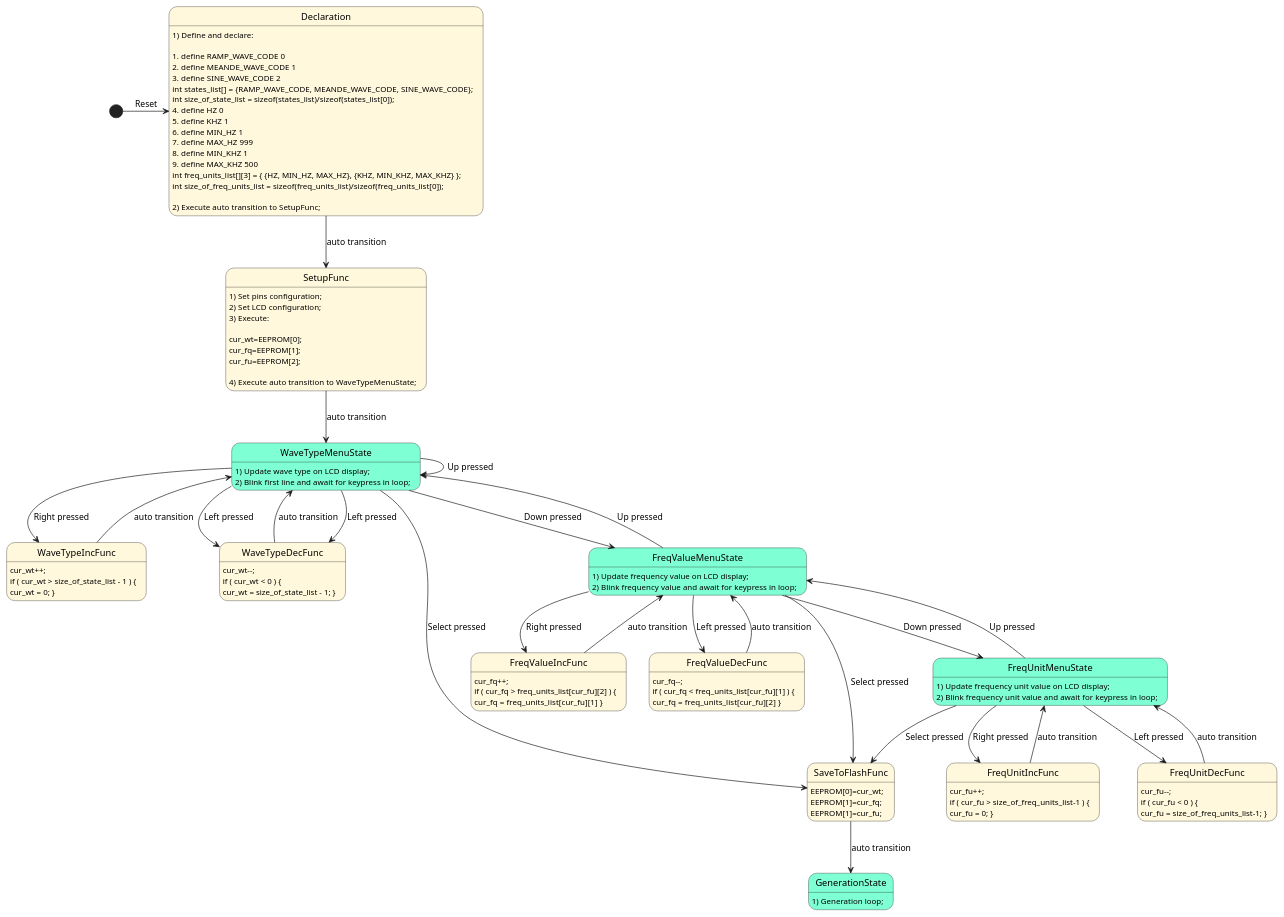
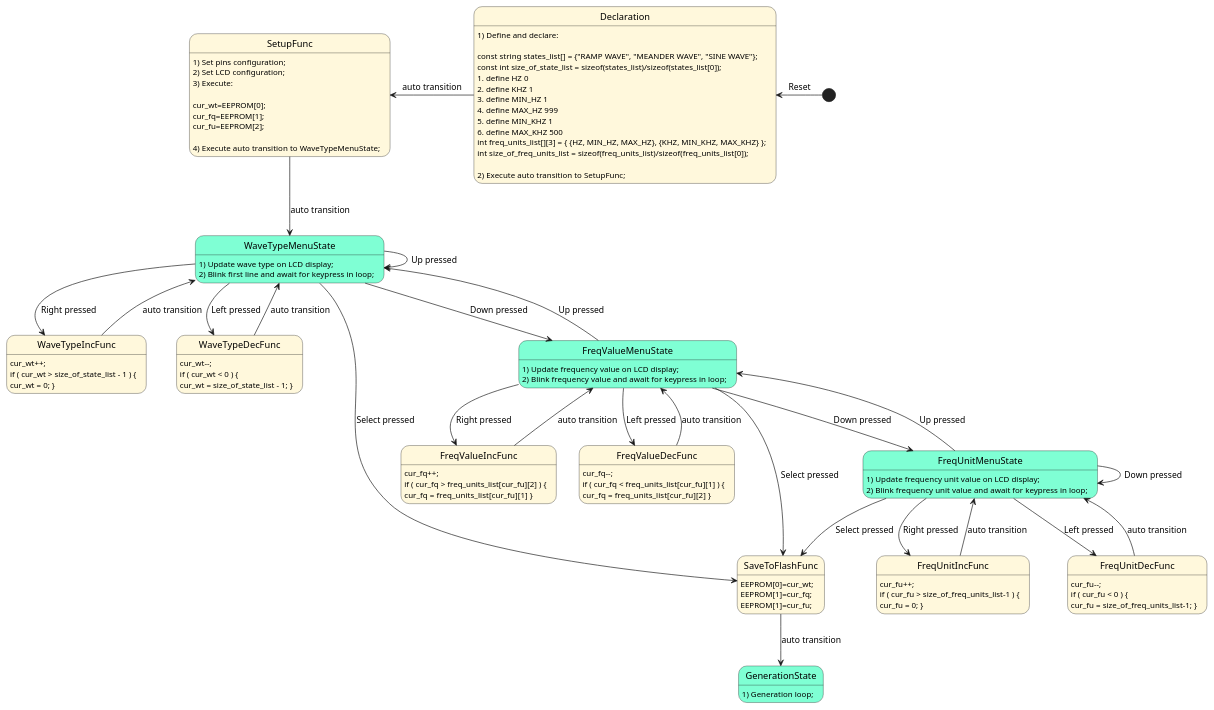
Before and after one commit to borshec/SignalGenerator: the diagram in ProjectFSM.puml, drawn with PlantUML. The commit also changed 31 other files, not shown here.

```diff
--- a/ProjectFSM.puml
+++ b/ProjectFSM.puml
@@ -1,126 +1,123 @@
 @startuml
 
 ' Установка цветов для состояний. <<Warning>> - псевдосостояние с желтым фоном, 
 skinparam state {
   BackgroundColor  Aquamarine
   BackgroundColor<<Warning>> Cornsilk
 }
 
 ' Объявление псевдосостояний
 state Declaration <<Warning>>
 state SetupFunc <<Warning>>
 state WaveTypeIncFunc <<Warning>>
 state WaveTypeDecFunc <<Warning>>
 state FreqValueIncFunc <<Warning>>
 state FreqValueDecFunc <<Warning>>
 state FreqUnitIncFunc <<Warning>>
 state FreqUnitDecFunc <<Warning>>
 state SaveToFlashFunc <<Warning>>
 
-[*] -right-> Declaration: Reset
+[*] -left-> Declaration: Reset
 
 ' Описание и переходы от Declaration
 Declaration : 1) Define and declare:
 Declaration : 
-Declaration :  #define RAMP_WAVE_CODE 0
-Declaration : #define MEANDE_WAVE_CODE 1
-Declaration : #define SINE_WAVE_CODE 2
-Declaration : int states_list[] = {RAMP_WAVE_CODE, MEANDE_WAVE_CODE, SINE_WAVE_CODE};
-Declaration : int size_of_state_list = sizeof(states_list)/sizeof(states_list[0]);
+Declaration : const string states_list[] = {"RAMP WAVE", "MEANDER WAVE", "SINE WAVE"};
+Declaration : const int size_of_state_list = sizeof(states_list)/sizeof(states_list[0]);
 Declaration : #define HZ 0
 Declaration : #define KHZ 1
 Declaration : #define MIN_HZ 1
 Declaration : #define MAX_HZ 999
 Declaration : #define MIN_KHZ 1
 Declaration : #define MAX_KHZ 500
 Declaration : int freq_units_list[][3] = { {HZ, MIN_HZ, MAX_HZ}, {KHZ, MIN_KHZ, MAX_KHZ} };
 Declaration : int size_of_freq_units_list = sizeof(freq_units_list)/sizeof(freq_units_list[0]);
 Declaration : 
 Declaration : 2) Execute auto transition to SetupFunc;
-Declaration --> SetupFunc: auto transition
+Declaration -left-> SetupFunc: auto transition
 
 ' Описание и переходы от SetupFunc
 SetupFunc : 1) Set pins configuration;
 SetupFunc : 2) Set LCD configuration;
 SetupFunc : 3) Execute:
 SetupFunc :
 SetupFunc : cur_wt=EEPROM[0];
 SetupFunc : cur_fq=EEPROM[1];
 SetupFunc : cur_fu=EEPROM[2];
 SetupFunc :
 SetupFunc : 4) Execute auto transition to WaveTypeMenuState;
 SetupFunc --> WaveTypeMenuState: auto transition
 
 ' Описание WaveTypeMenuState и переходы от него
 WaveTypeMenuState : 1) Update wave type on LCD display;
 WaveTypeMenuState : 2) Blink first line and await for keypress in loop;
 WaveTypeMenuState --> WaveTypeIncFunc: Right pressed
-WaveTypeMenuState --> WaveTypeDecFunc: Left pressed
 WaveTypeMenuState --> WaveTypeMenuState: Up pressed
 WaveTypeMenuState --> WaveTypeDecFunc: Left pressed
 WaveTypeMenuState --> FreqValueMenuState: Down pressed
 WaveTypeMenuState --> SaveToFlashFunc: Select pressed
 
 ' Описание WaveTypeIncFunc и переходы от него
 WaveTypeIncFunc : cur_wt++;
 WaveTypeIncFunc : if ( cur_wt > size_of_state_list - 1 ) {
 WaveTypeIncFunc : cur_wt = 0; }
 WaveTypeIncFunc --> WaveTypeMenuState: auto transition
 
 ' Описание WaveTypeDecFunc и переходы от него
 WaveTypeDecFunc : cur_wt--;
 WaveTypeDecFunc : if ( cur_wt < 0 ) {
 WaveTypeDecFunc : cur_wt = size_of_state_list - 1; }
 WaveTypeDecFunc --> WaveTypeMenuState: auto transition
 
 ' Описание FreqValueMenuState и переходы от него
 FreqValueMenuState : 1) Update frequency value on LCD display;
 FreqValueMenuState : 2) Blink frequency value and await for keypress in loop;
 FreqValueMenuState --> WaveTypeMenuState: Up pressed
 FreqValueMenuState --> FreqUnitMenuState: Down pressed
 FreqValueMenuState --> FreqValueIncFunc: Right pressed
 FreqValueMenuState --> FreqValueDecFunc: Left pressed
 FreqValueMenuState --> SaveToFlashFunc: Select pressed
 
 ' Описание FreqValueIncFunc и переходы от него
 FreqValueIncFunc : cur_fq++;
 FreqValueIncFunc : if ( cur_fq > freq_units_list[cur_fu][2] ) {
 FreqValueIncFunc : cur_fq = freq_units_list[cur_fu][1]  }
 FreqValueIncFunc --> FreqValueMenuState: auto transition
 
 ' Описание FreqValueDecFunc и переходы от него
 FreqValueDecFunc : cur_fq--;
 FreqValueDecFunc : if ( cur_fq < freq_units_list[cur_fu][1] ) {
 FreqValueDecFunc : cur_fq = freq_units_list[cur_fu][2]  }
 FreqValueDecFunc --> FreqValueMenuState: auto transition
 
 ' Описание FreqUnitMenuState и переходы от него
 FreqUnitMenuState : 1) Update frequency unit value on LCD display;
 FreqUnitMenuState : 2) Blink frequency unit value and await for keypress in loop;
 FreqUnitMenuState --> SaveToFlashFunc: Select pressed
 FreqUnitMenuState --> FreqUnitIncFunc: Right pressed
 FreqUnitMenuState --> FreqUnitDecFunc: Left pressed
 FreqUnitMenuState --> FreqValueMenuState: Up pressed
+FreqUnitMenuState --> FreqUnitMenuState: Down pressed
 
 ' Описание FreqUnitIncFunc и переходы от него
 FreqUnitIncFunc : cur_fu++;
 FreqUnitIncFunc : if ( cur_fu > size_of_freq_units_list-1 ) {
 FreqUnitIncFunc : cur_fu = 0; }
 FreqUnitIncFunc --> FreqUnitMenuState: auto transition
 
 ' Описание FreqUnitDecFunc и переходы от него
 FreqUnitDecFunc : cur_fu--;
 FreqUnitDecFunc : if ( cur_fu < 0 ) {
 FreqUnitDecFunc : cur_fu = size_of_freq_units_list-1; }
 FreqUnitDecFunc --> FreqUnitMenuState: auto transition
 
 ' Описание SaveToFlashFunc и переходы от него
 SaveToFlashFunc : EEPROM[0]=cur_wt;
 SaveToFlashFunc : EEPROM[1]=cur_fq;
 SaveToFlashFunc : EEPROM[1]=cur_fu;
 SaveToFlashFunc --> GenerationState: auto transition
 
 ' Описание GenerationState и переходы от него
 GenerationState : 1) Generation loop;
 
 @enduml
```
